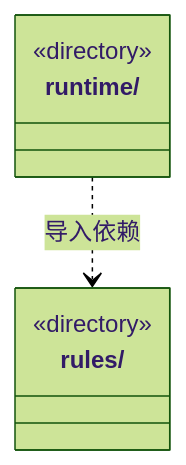
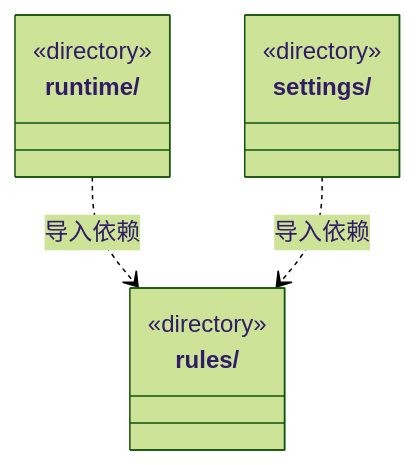
One commit to nan023062/cbim changed the diagram in src/logic/budget/ARCHITECTURE.md. Above: the diagram before and after it, drawn with Mermaid (forest theme). The commit also changed other lines of this file and 657 other files, not shown here.

````diff
--- a/src/logic/budget/ARCHITECTURE.md
+++ b/src/logic/budget/ARCHITECTURE.md
@@ -15,10 +15,14 @@
 ```mermaid
 classDiagram
 class N_src_logic_budget_rules["rules/"] {
   <<directory>>
 }
 class N_src_logic_budget_runtime["runtime/"] {
   <<directory>>
 }
+class N_src_logic_budget_settings["settings/"] {
+  <<directory>>
+}
 N_src_logic_budget_runtime ..> N_src_logic_budget_rules : 导入依赖
+N_src_logic_budget_settings ..> N_src_logic_budget_rules : 导入依赖
 ```
````
